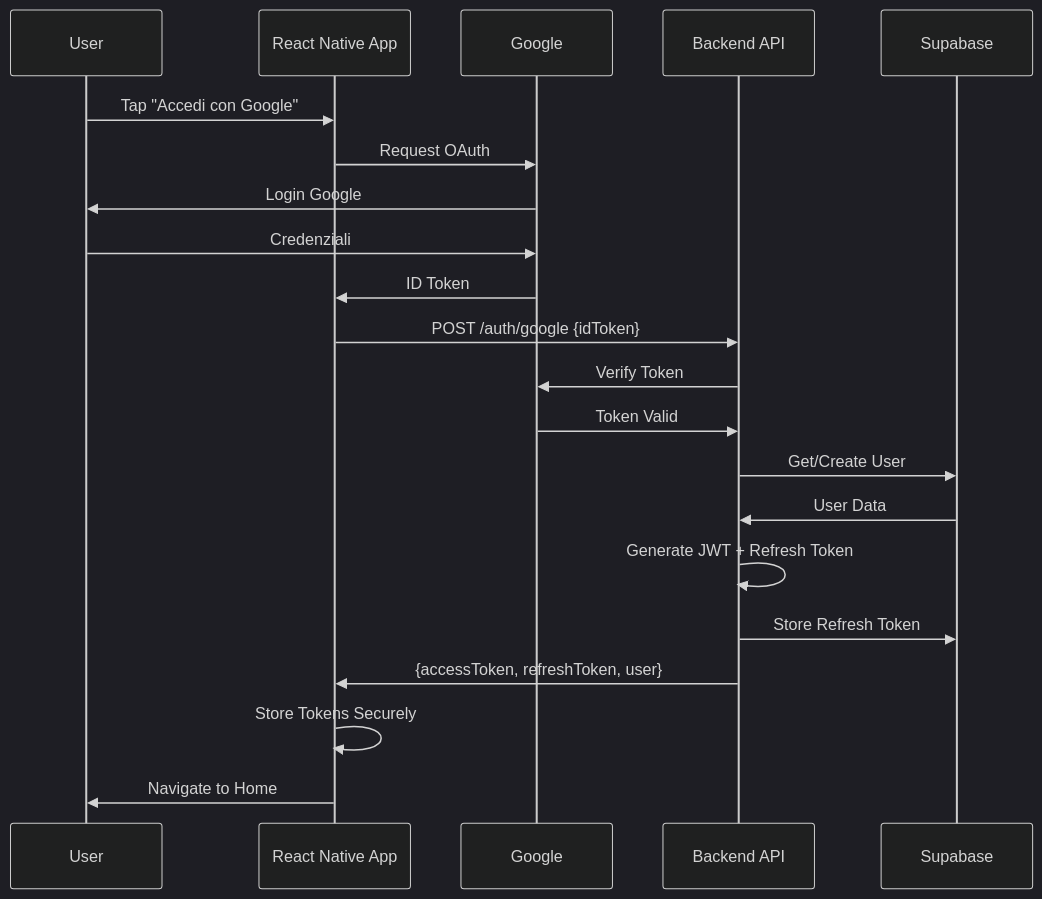
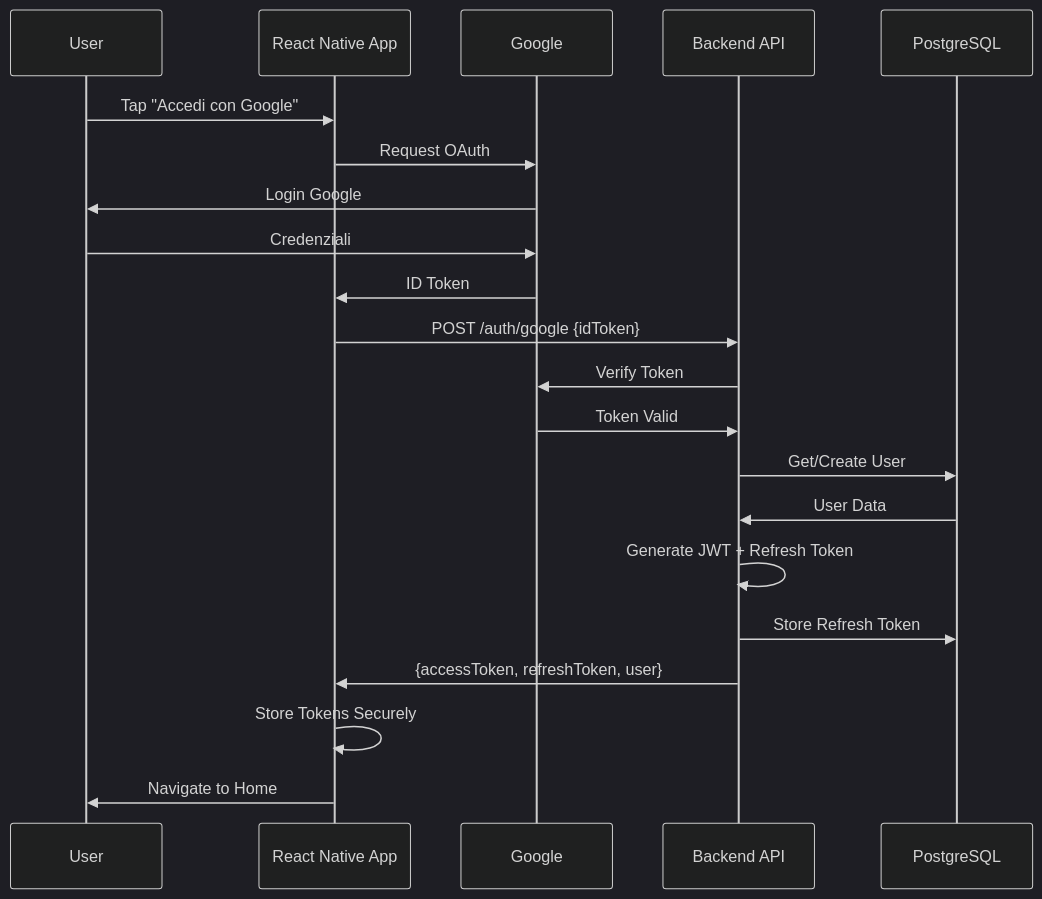
The second of 7 diagrams in ARCHITECTURE.md (20031781/Shared-Expense-Management-App), drawn with Mermaid (dark theme) before and after one commit. The commit also changed other lines of this file and 3 other files, not shown here.

Commit message:
Aggiorna la documentazione per PostgreSQL

````diff
--- a/ARCHITECTURE.md
+++ b/ARCHITECTURE.md
@@ -47,24 +47,24 @@
 ```mermaid
 sequenceDiagram
     participant User
     participant App as React Native App
     participant Google
     participant API as Backend API
-    participant DB as Supabase
+    participant DB as PostgreSQL
 
     User->>App: Tap "Accedi con Google"
     App->>Google: Request OAuth
     Google->>User: Login Google
     User->>Google: Credenziali
     Google->>App: ID Token
     App->>API: POST /auth/google {idToken}
     API->>Google: Verify Token
     Google->>API: Token Valid
     API->>DB: Get/Create User
     DB->>API: User Data
     API->>API: Generate JWT + Refresh Token
     API->>DB: Store Refresh Token
     API->>App: {accessToken, refreshToken, user}
     App->>App: Store Tokens Securely
     App->>User: Navigate to Home
 ```
````
